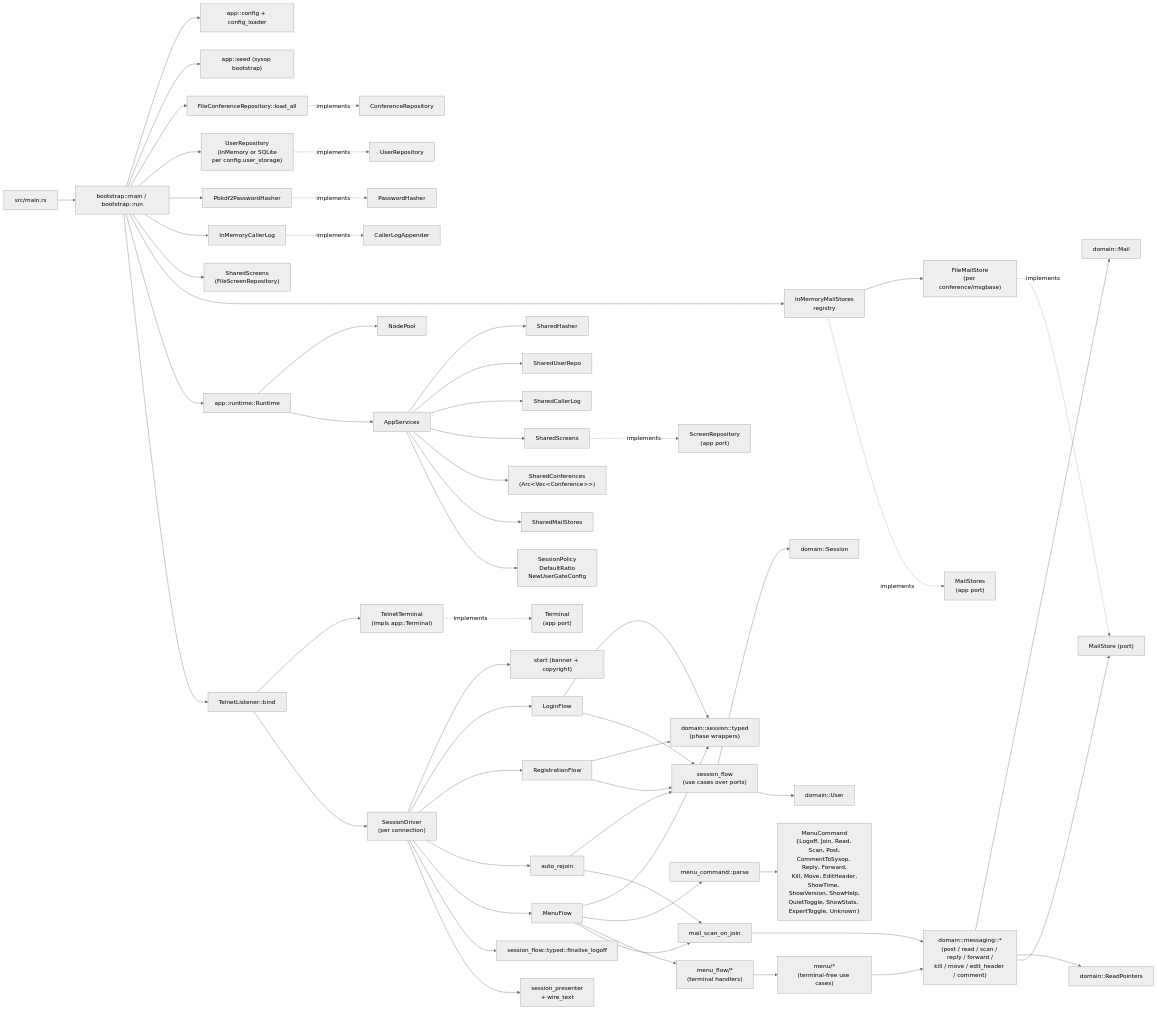
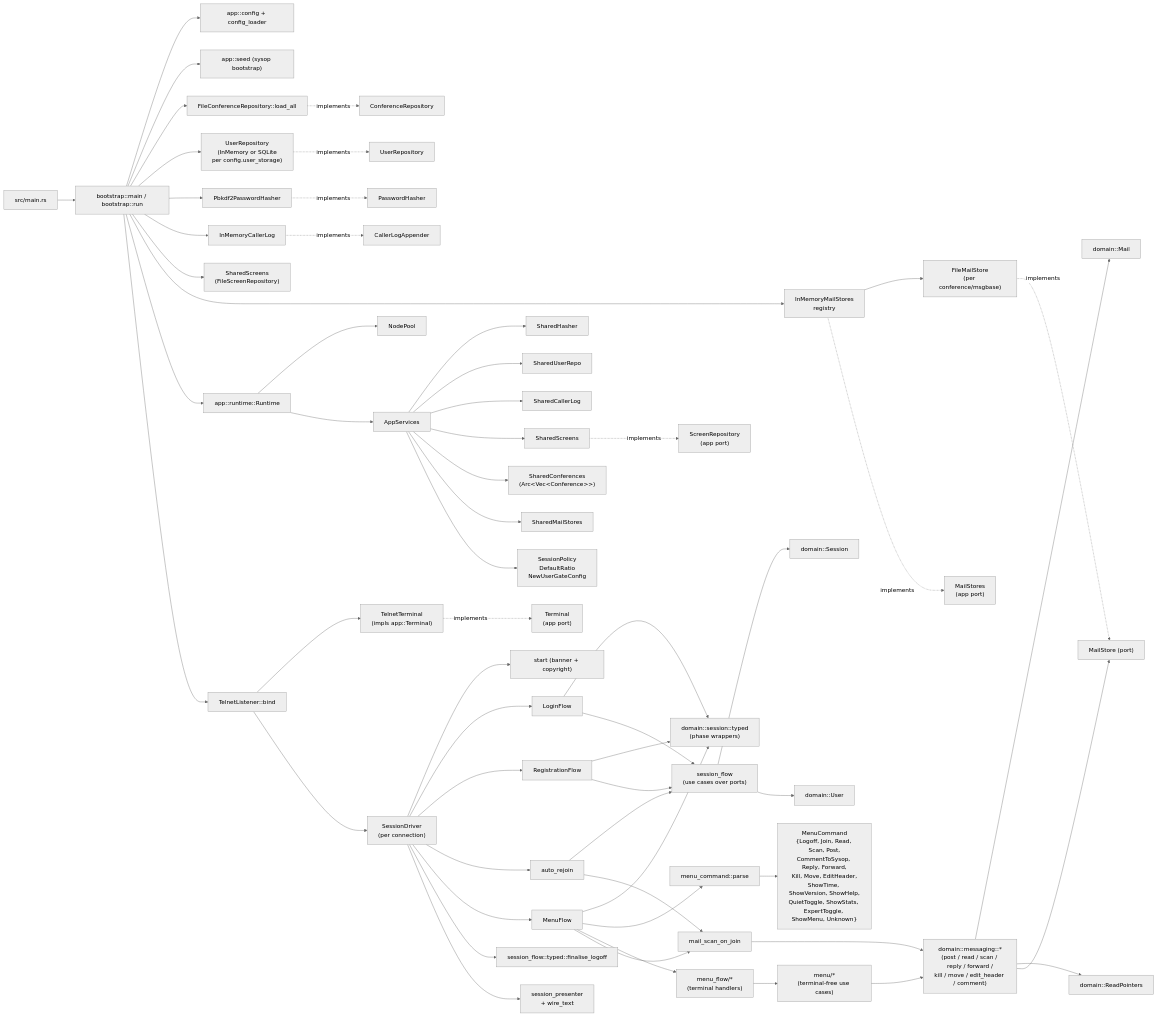
The diagram in SYSTEM.md (pingles/nextexpress), drawn with Mermaid (neutral theme) before and after one commit. The commit also changed other lines of this file and 3 other files, not shown here.

````diff
--- a/SYSTEM.md
+++ b/SYSTEM.md
@@ -90,70 +90,70 @@
 ```mermaid
 flowchart LR
     Main["src/main.rs"] --> AppRun["bootstrap::main / bootstrap::run"]
 
     AppRun --> Config["app::config + config_loader"]
     AppRun --> Seed["app::seed (sysop bootstrap)"]
     AppRun --> ConfRepo["FileConferenceRepository::load_all"]
     AppRun --> UserRepo["UserRepository\n(InMemory or SQLite\nper config.user_storage)"]
     AppRun --> Hasher["Pbkdf2PasswordHasher"]
     AppRun --> CallerLog["InMemoryCallerLog"]
     AppRun --> Screens["SharedScreens\n(FileScreenRepository)"]
     AppRun --> MailRegistry["InMemoryMailStores\nregistry"]
     MailRegistry --> FileMailStore["FileMailStore\n(per conference/msgbase)"]
 
     AppRun --> Runtime["app::runtime::Runtime"]
     Runtime --> NodePool["NodePool"]
     Runtime --> Services["AppServices"]
 
     Services --> Sharedhasher["SharedHasher"]
     Services --> SharedRepo["SharedUserRepo"]
     Services --> SharedLog["SharedCallerLog"]
     Services --> SharedScreens
     Services --> SharedConfs["SharedConferences\n(Arc&lt;Vec&lt;Conference&gt;&gt;)"]
     Services --> SharedMail["SharedMailStores"]
     Services --> Policy["SessionPolicy\nDefaultRatio\nNewUserGateConfig"]
 
     AppRun --> Telnet["TelnetListener::bind"]
     Telnet --> Terminal["TelnetTerminal\n(impls app::Terminal)"]
     Telnet --> Driver["SessionDriver\n(per connection)"]
 
     Driver --> Start["start (banner + copyright)"]
     Driver --> Login["LoginFlow"]
     Driver --> Registration["RegistrationFlow"]
     Driver --> AutoRejoin["auto_rejoin"]
     Driver --> Menu["MenuFlow"]
     Driver --> Finalise["session_flow::typed::finalise_logoff"]
 
     Login --> Typed["domain::session::typed\n(phase wrappers)"]
     Registration --> Typed
     Menu --> Typed
     Login --> SF["session_flow\n(use cases over ports)"]
     Registration --> SF
     AutoRejoin --> SF
     Driver --> Presenter["session_presenter\n+ wire_text"]
 
     Menu --> Parse["menu_command::parse"]
-    Parse --> Cmds["MenuCommand\n{Logoff, Join, Read, Scan, Post,\nCommentToSysop, Reply, Forward,\nKill, Move, EditHeader,\nShowTime, ShowVersion, ShowHelp,\nQuietToggle, ShowStats, ExpertToggle, Unknown}"]
+    Parse --> Cmds["MenuCommand\n{Logoff, Join, Read, Scan, Post,\nCommentToSysop, Reply, Forward,\nKill, Move, EditHeader,\nShowTime, ShowVersion, ShowHelp,\nQuietToggle, ShowStats, ExpertToggle, ShowMenu, Unknown}"]
     Menu --> MenuFlowHandlers["menu_flow/*\n(terminal handlers)"]
     MenuFlowHandlers --> MenuUseCases["menu/*\n(terminal-free use cases)"]
 
     MenuUseCases --> Rules["domain::messaging::*\n(post / read / scan / reply / forward /\nkill / move / edit_header / comment)"]
     AutoRejoin --> ScanOnJoin["mail_scan_on_join"]
     Menu --> ScanOnJoin
     ScanOnJoin --> Rules
 
     Rules --> Mail["domain::Mail"]
     Rules --> Pointers["domain::ReadPointers"]
     Rules --> MailPort["MailStore (port)"]
     SF --> DomainSession["domain::Session"]
     SF --> DomainUser["domain::User"]
 
     ConfRepo -.implements.-> ConfPort["ConferenceRepository"]
     UserRepo -.implements.-> UserPort["UserRepository"]
     Hasher -.implements.-> HasherPort["PasswordHasher"]
     CallerLog -.implements.-> LogPort["CallerLogAppender"]
     SharedScreens -.implements.-> ScreenPort["ScreenRepository\n(app port)"]
     MailRegistry -.implements.-> MailRegistryPort["MailStores\n(app port)"]
     FileMailStore -.implements.-> MailPort
     Terminal -.implements.-> TermPort["Terminal\n(app port)"]
 ```
````
